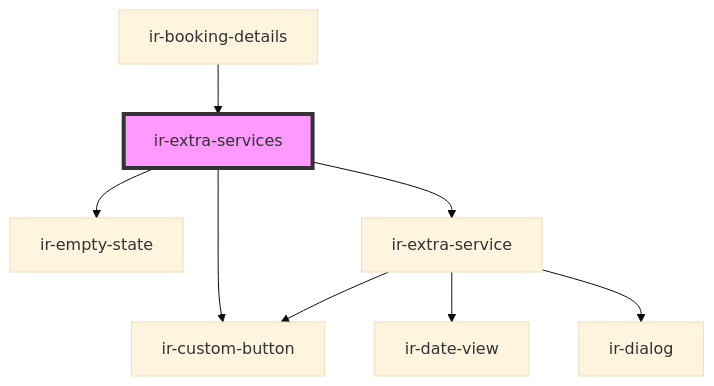
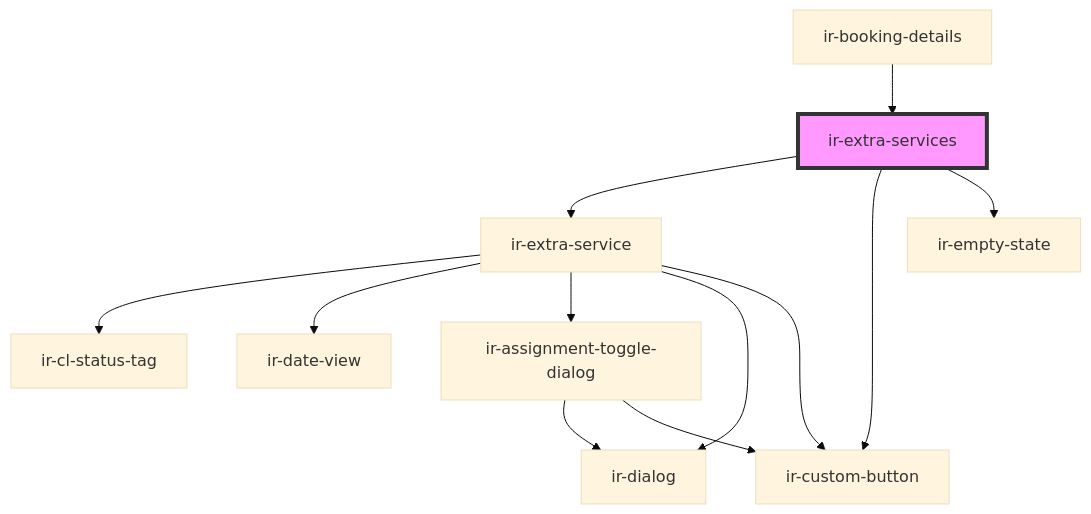
Before and after one commit to RonyRizk/ir-webcmp: the diagram in src/components/ir-booking-details/ir-extra-services/readme.md, drawn with Mermaid (base theme). The commit also changed other lines of this file and 586 other files, not shown here.

````diff
--- a/src/components/ir-booking-details/ir-extra-services/readme.md
+++ b/src/components/ir-booking-details/ir-extra-services/readme.md
@@ -28,11 +32,15 @@
 ```mermaid
 graph TD;
+  ir-extra-services --> ir-extra-service
   ir-extra-services --> ir-custom-button
   ir-extra-services --> ir-empty-state
-  ir-extra-services --> ir-extra-service
+  ir-extra-service --> ir-cl-status-tag
+  ir-extra-service --> ir-date-view
+  ir-extra-service --> ir-assignment-toggle-dialog
+  ir-extra-service --> ir-dialog
   ir-extra-service --> ir-custom-button
-  ir-extra-service --> ir-date-view
-  ir-extra-service --> ir-dialog
+  ir-assignment-toggle-dialog --> ir-dialog
+  ir-assignment-toggle-dialog --> ir-custom-button
   ir-booking-details --> ir-extra-services
   style ir-extra-services fill:#f9f,stroke:#333,stroke-width:4px
 ```
````
